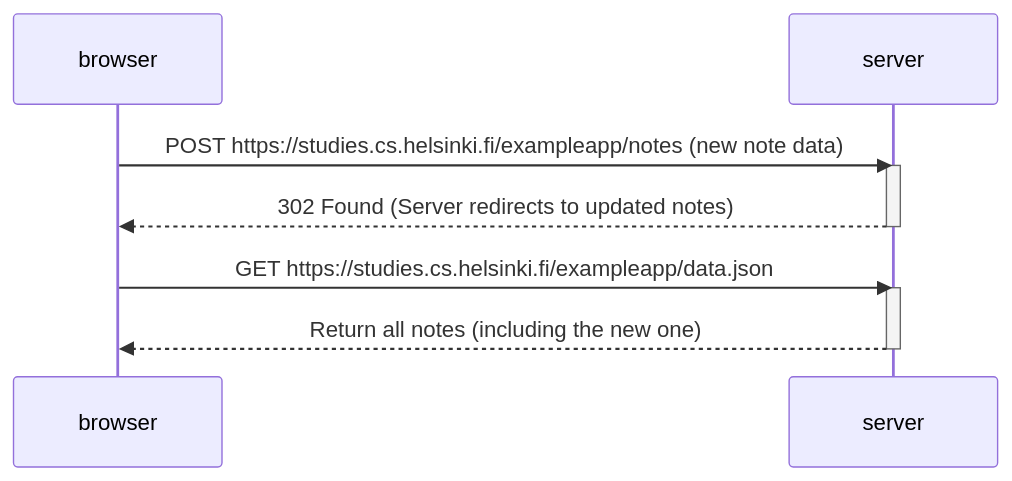
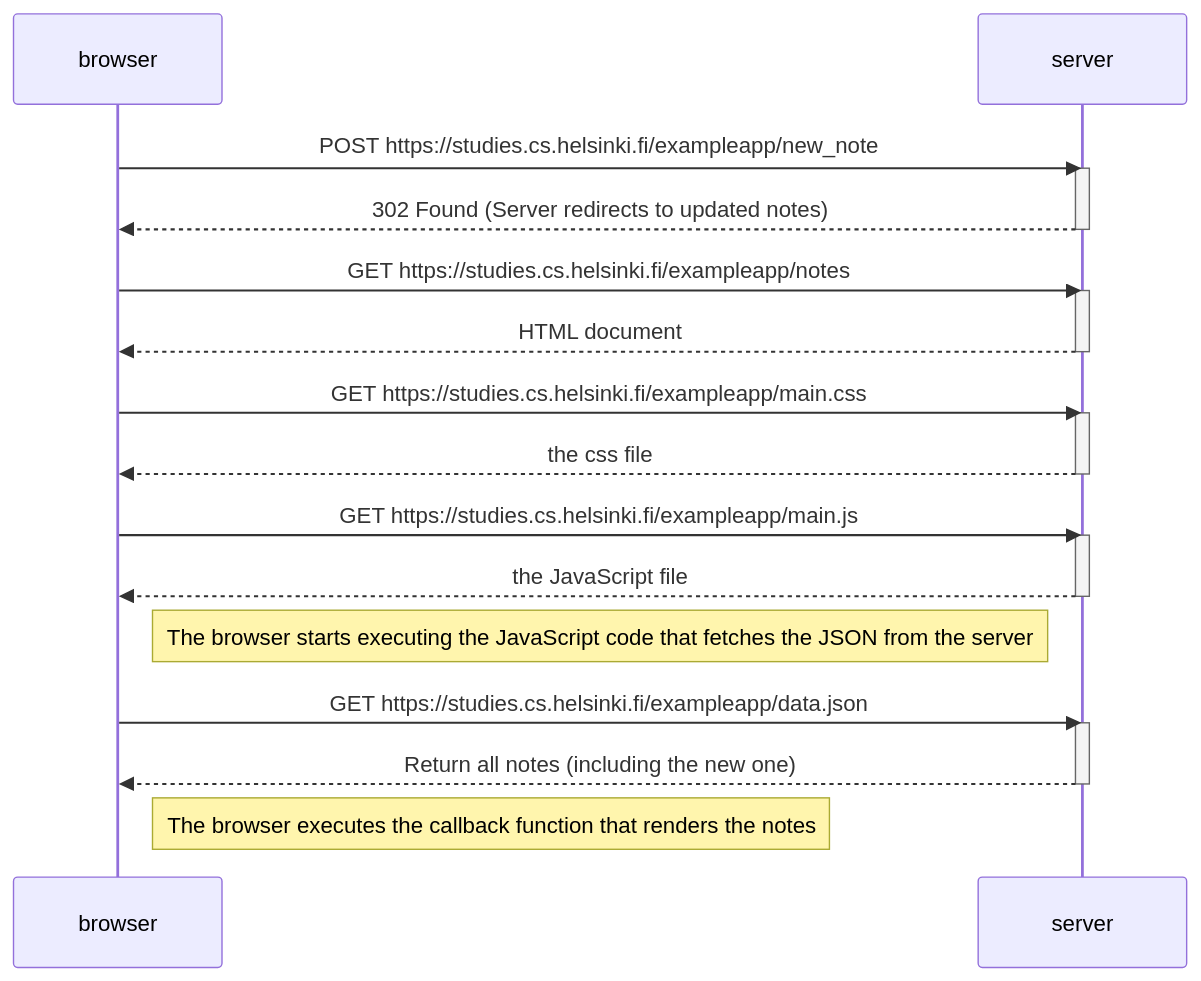
The diagram in notes_post_sequence_diagram.md (dbdizk/fullstackopen), drawn with Mermaid before and after one commit.

````diff
--- a/notes_post_sequence_diagram.md
+++ b/notes_post_sequence_diagram.md
@@ -1,17 +1,34 @@
 ```mermaid
 sequenceDiagram
     participant browser
     participant server
     
     
-    browser->>server: POST https://studies.cs.helsinki.fi/exampleapp/notes (new note data)
+    browser->>server: POST https://studies.cs.helsinki.fi/exampleapp/new_note
     activate server
     
     server-->>browser: 302 Found (Server redirects to updated notes)
     deactivate server
     
+    browser->>server: GET https://studies.cs.helsinki.fi/exampleapp/notes
+    activate server
+    server-->>browser: HTML document
+    deactivate server
+
+    browser->>server: GET https://studies.cs.helsinki.fi/exampleapp/main.css
+    activate server
+    server-->>browser: the css file
+    deactivate server
+    
+    browser->>server: GET https://studies.cs.helsinki.fi/exampleapp/main.js
+    activate server
+    server-->>browser: the JavaScript file
+    deactivate server
+    Note right of browser: The browser starts executing the JavaScript code that fetches the JSON from the server
+
     browser->>server: GET https://studies.cs.helsinki.fi/exampleapp/data.json
     activate server
     server-->>browser: Return all notes (including the new one)
     deactivate server
+       Note right of browser: The browser executes the callback function that renders the notes 
 ```
````
